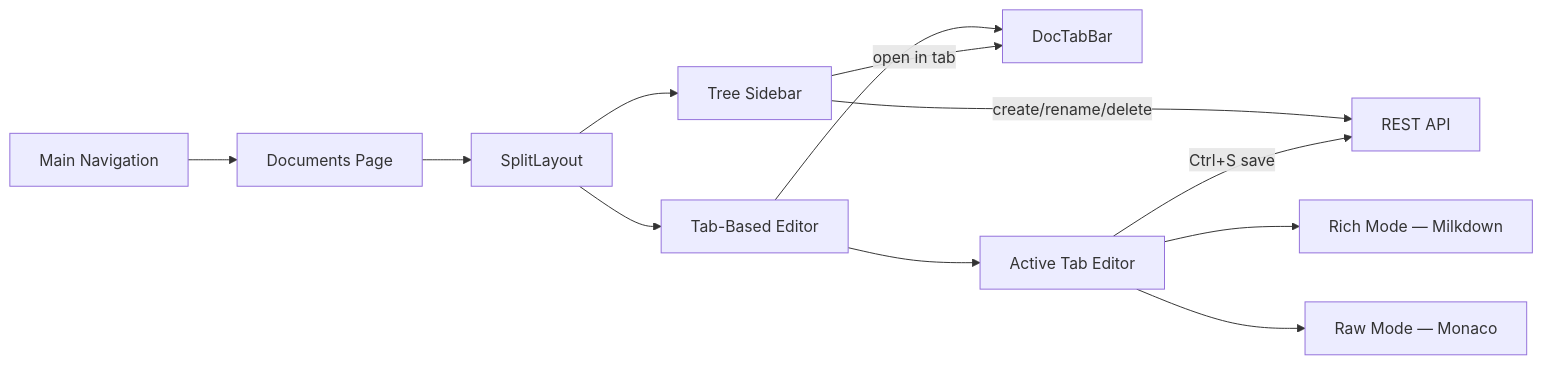
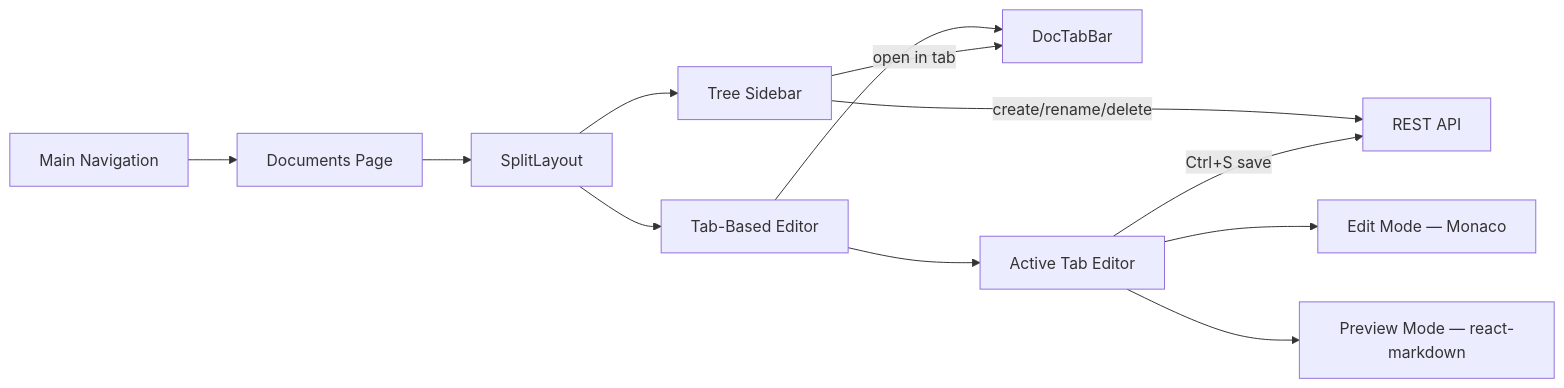
Before and after one commit to dagu-org/dagu: the fifth of 5 diagrams in rfcs/draft/024-markdown-docs.md, drawn with Mermaid. The commit also changed other lines of this file and 2 other files, not shown here.

````diff
--- a/rfcs/draft/024-markdown-docs.md
+++ b/rfcs/draft/024-markdown-docs.md
@@ -539,14 +539,14 @@
 ```mermaid
 flowchart LR
     Nav[Main Navigation] --> DocPage[Documents Page]
     DocPage --> Split[SplitLayout]
     Split --> Tree[Tree Sidebar]
     Split --> TabEditor[Tab-Based Editor]
     TabEditor --> TabBar[DocTabBar]
     TabEditor --> Editor[Active Tab Editor]
-    Editor --> WYSIWYG[Rich Mode — Milkdown]
-    Editor --> Raw[Raw Mode — Monaco]
+    Editor --> Edit[Edit Mode — Monaco]
+    Editor --> Preview[Preview Mode — react-markdown]
     Tree -->|open in tab| TabBar
     Tree -->|create/rename/delete| API[REST API]
     Editor -->|Ctrl+S save| API
 ```
````
